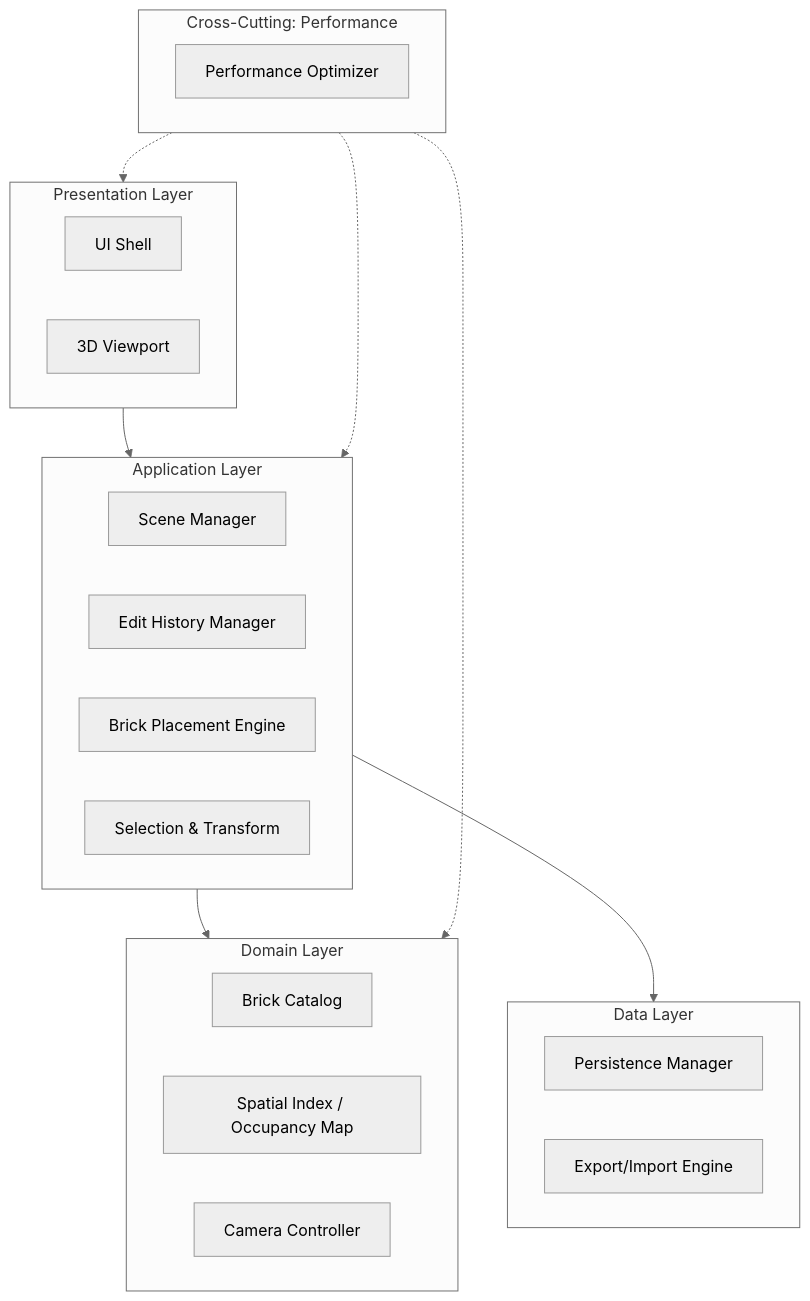
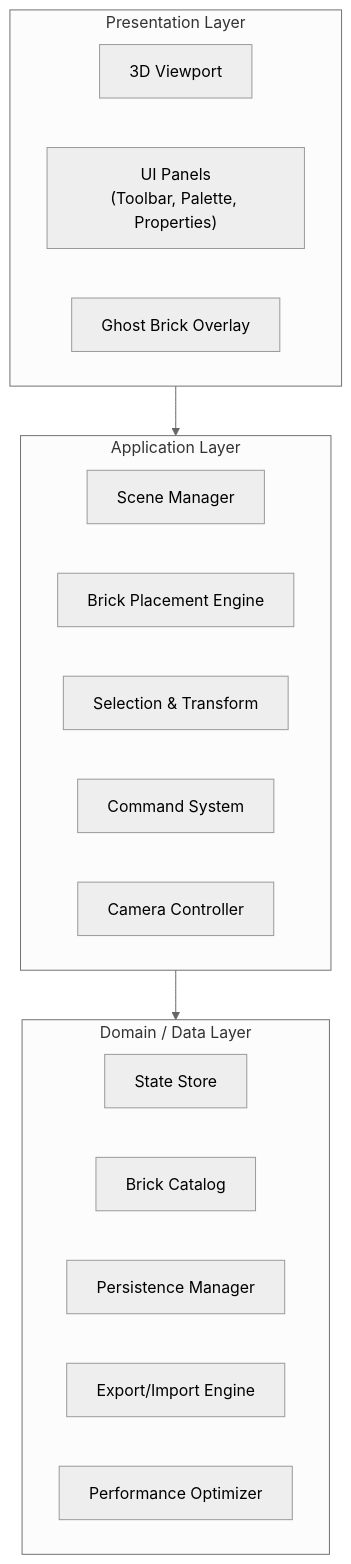
The third of 5 diagrams in docs/NOTIONAL_ARCHITECTURE.md (sreenivasmrpivot/legobuilder), drawn with Mermaid (neutral theme) before and after one commit. The commit also changed other lines of this file, not shown here.

First line of the commit message:
docs: Notional Architecture following Spectra template

````diff
--- a/docs/NOTIONAL_ARCHITECTURE.md
+++ b/docs/NOTIONAL_ARCHITECTURE.md
@@ -142,41 +148,30 @@
 ```mermaid
 flowchart TB
     subgraph PRESENTATION["Presentation Layer"]
         direction LR
-        UI["UI Shell"]
         VIEWPORT["3D Viewport"]
+        UI_PANELS["UI Panels<br/>(Toolbar, Palette, Properties)"]
+        GHOST["Ghost Brick Overlay"]
     end
 
     subgraph APPLICATION["Application Layer"]
         direction LR
-        SCENE["Scene Manager"]
-        EDIT["Edit History Manager"]
+        SCENE_MGR["Scene Manager"]
         PLACEMENT["Brick Placement Engine"]
         SELECTION["Selection & Transform"]
-    end
-
-    subgraph DOMAIN["Domain Layer"]
-        direction LR
-        CATALOG["Brick Catalog"]
-        SPATIAL["Spatial Index / Occupancy Map"]
+        COMMANDS["Command System"]
         CAMERA["Camera Controller"]
     end
 
-    subgraph DATA["Data Layer"]
+    subgraph DOMAIN["Domain / Data Layer"]
         direction LR
+        STATE["State Store"]
+        CATALOG["Brick Catalog"]
         PERSIST["Persistence Manager"]
         EXPORT["Export/Import Engine"]
-    end
-
-    subgraph PERF["Cross-Cutting: Performance"]
-        direction LR
-        OPTIMIZER["Performance Optimizer"]
+        PERF["Performance Optimizer"]
     end
 
     PRESENTATION --> APPLICATION
     APPLICATION --> DOMAIN
-    APPLICATION --> DATA
-    PERF -.-> PRESENTATION
-    PERF -.-> APPLICATION
-    PERF -.-> DOMAIN
 ```
````
